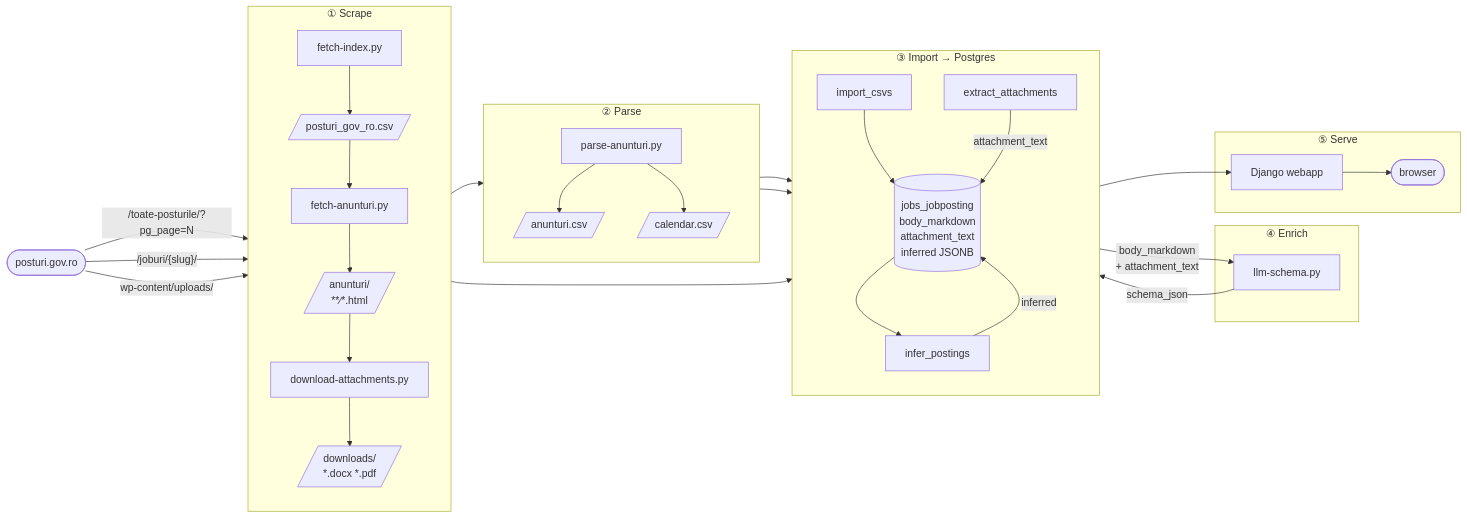
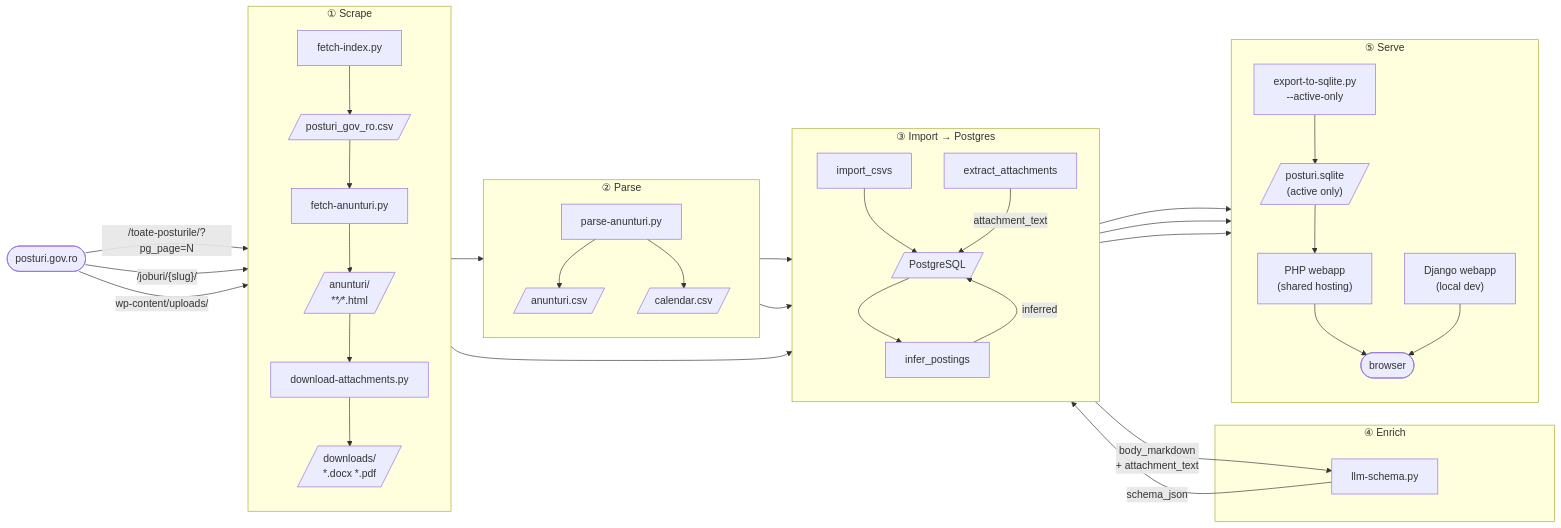
One commit to gov2-ro/posturi.gov.ro changed the diagram in README.md. Above: the diagram before and after it, drawn with Mermaid. The commit also changed other lines of this file and 5 other files, not shown here.

First line of the commit message:
feat(webapp): self-contained active-only SQLite packaging for PHP webapp

````diff
--- a/README.md
+++ b/README.md
@@ -11,59 +11,68 @@
 ```mermaid
 flowchart LR
     web(["posturi.gov.ro"])
 
     subgraph scrape["① Scrape"]
         direction TB
         fetchIdx["fetch-index.py"]
         indexCSV[/"posturi_gov_ro.csv"/]
         fetchDetail["fetch-anunturi.py"]
         htmlCache[/"anunturi/\n**∕*.html"/]
         download["download-attachments.py"]
         dlFiles[/"downloads/\n*.docx *.pdf"/]
 
         fetchIdx --> indexCSV --> fetchDetail --> htmlCache
         htmlCache --> download --> dlFiles
     end
 
     subgraph parse["② Parse"]
         direction TB
         parseScript["parse-anunturi.py"]
         anunturiCSV[/"anunturi.csv"/]
         calendarCSV[/"calendar.csv"/]
         parseScript --> anunturiCSV & calendarCSV
     end
 
     subgraph db_layer["③ Import → Postgres"]
         direction TB
         importCSVs["import_csvs"]
         extractCmd["extract_attachments"]
         inferCmd["infer_postings"]
         pg[("jobs_jobposting\nbody_markdown\nattachment_text\ninferred JSONB")]
 
         importCSVs --> pg
         extractCmd -->|"attachment_text"| pg
         pg --> inferCmd -->|"inferred"| pg
     end
 
     subgraph enrich["④ Enrich"]
         llmSchema["llm-schema.py"]
     end
 
     subgraph serve["⑤ Serve"]
-        webapp["Django webapp"]
+        direction TB
+        pg[/"PostgreSQL"/]
+        sqliteExport["export-to-sqlite.py\n--active-only"]
+        sqliteDB[/"posturi.sqlite\n(active only)"/]
+        webapp["Django webapp\n(local dev)"]
+        phpApp["PHP webapp\n(shared hosting)"]
         browser(["browser"])
+        
+        pg --> sqliteExport --> sqliteDB --> phpApp
+        pg --> webapp
+        phpApp --> browser
         webapp --> browser
     end
 
     web -->|"/toate-posturile/?pg_page=N"| fetchIdx
     web -->|"/joburi/{slug}/"| fetchDetail
     web -->|"wp-content/uploads/"| download
 
     htmlCache --> parseScript
     anunturiCSV & calendarCSV --> importCSVs
     dlFiles --> extractCmd
 
     pg -->|"body_markdown\n+ attachment_text"| llmSchema
     llmSchema -->|"schema_json"| pg
     pg --> webapp
 ```
````
